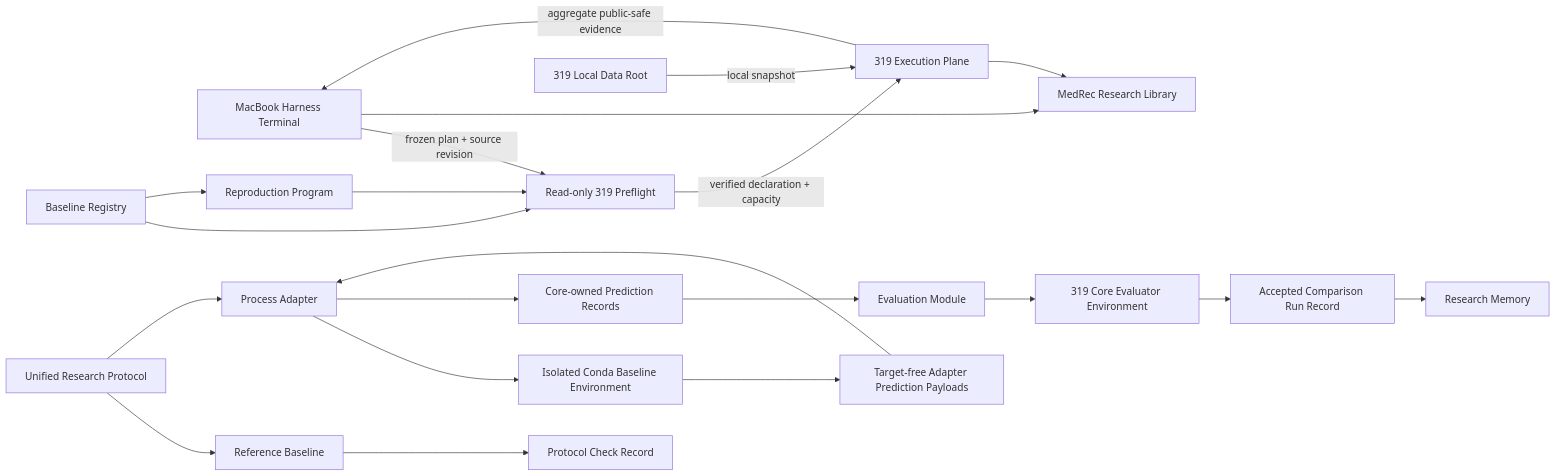
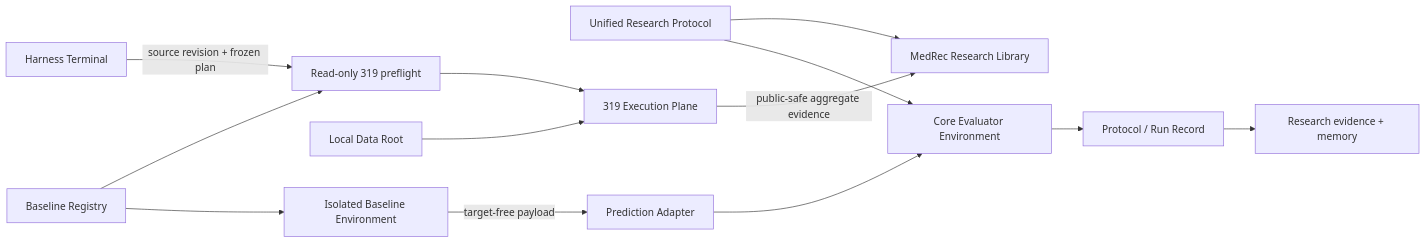
Before and after one commit to Aeonbrk/medrec-research: the diagram in ARCHITECTURE.md, drawn with Mermaid. The commit also changed other lines of this file and 27 other files, not shown here.

````diff
--- a/ARCHITECTURE.md
+++ b/ARCHITECTURE.md
@@ -7,23 +7,15 @@
 ```mermaid
 flowchart LR
-    Mac["MacBook Harness Terminal"] -->|"frozen plan + source revision"| Preflight["Read-only 319 Preflight"]
+    Mac["Harness Terminal"] -->|"source revision + frozen plan"| Preflight["Read-only 319 preflight"]
     Registry["Baseline Registry"] --> Preflight
-    Registry --> Program["Reproduction Program"]
-    Program --> Preflight
-    Preflight -->|"verified declaration + capacity"| Remote["319 Execution Plane"]
-    Data["319 Local Data Root"] -->|"local snapshot"| Remote
-    Remote -->|"aggregate public-safe evidence"| Mac
-    Mac --> Core["MedRec Research Library"]
-    Remote --> Core
-    Protocol["Unified Research Protocol"] --> Reference["Reference Baseline"]
-    Protocol --> Adapter["Process Adapter"]
-    Adapter --> Conda["Isolated Conda Baseline Environment"]
-    Reference --> Check["Protocol Check Record"]
-    Conda --> Wire["Target-free Adapter Prediction Payloads"]
-    Wire --> Adapter
-    Adapter --> Prediction["Core-owned Prediction Records"]
-    Prediction --> Evaluation["Evaluation Module"]
-    Evaluation --> Evaluator["319 Core Evaluator Environment"]
-    Evaluator --> Run["Accepted Comparison Run Record"]
-    Run --> Memory["Research Memory"]
+    Protocol["Unified Research Protocol"] --> Core["MedRec Research Library"]
+    Preflight --> Remote["319 Execution Plane"]
+    Data["Local Data Root"] --> Remote
+    Remote -->|"public-safe aggregate evidence"| Core
+    Registry --> Baseline["Isolated Baseline Environment"]
+    Baseline -->|"target-free payload"| Adapter["Prediction Adapter"]
+    Adapter --> Eval["Core Evaluator Environment"]
+    Protocol --> Eval
+    Eval --> Record["Protocol / Run Record"]
+    Record --> Research["Research evidence + memory"]
 ```
````
